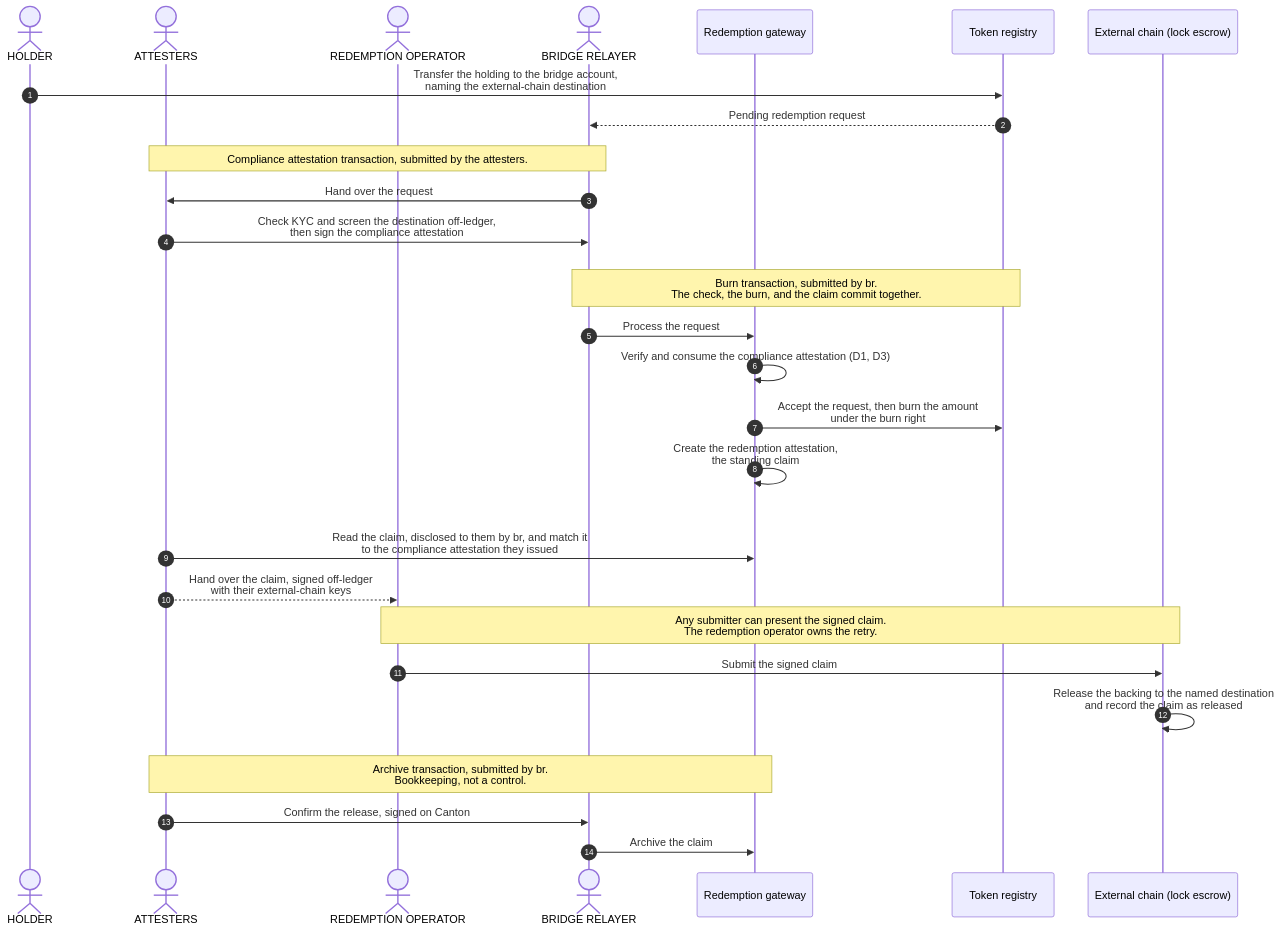
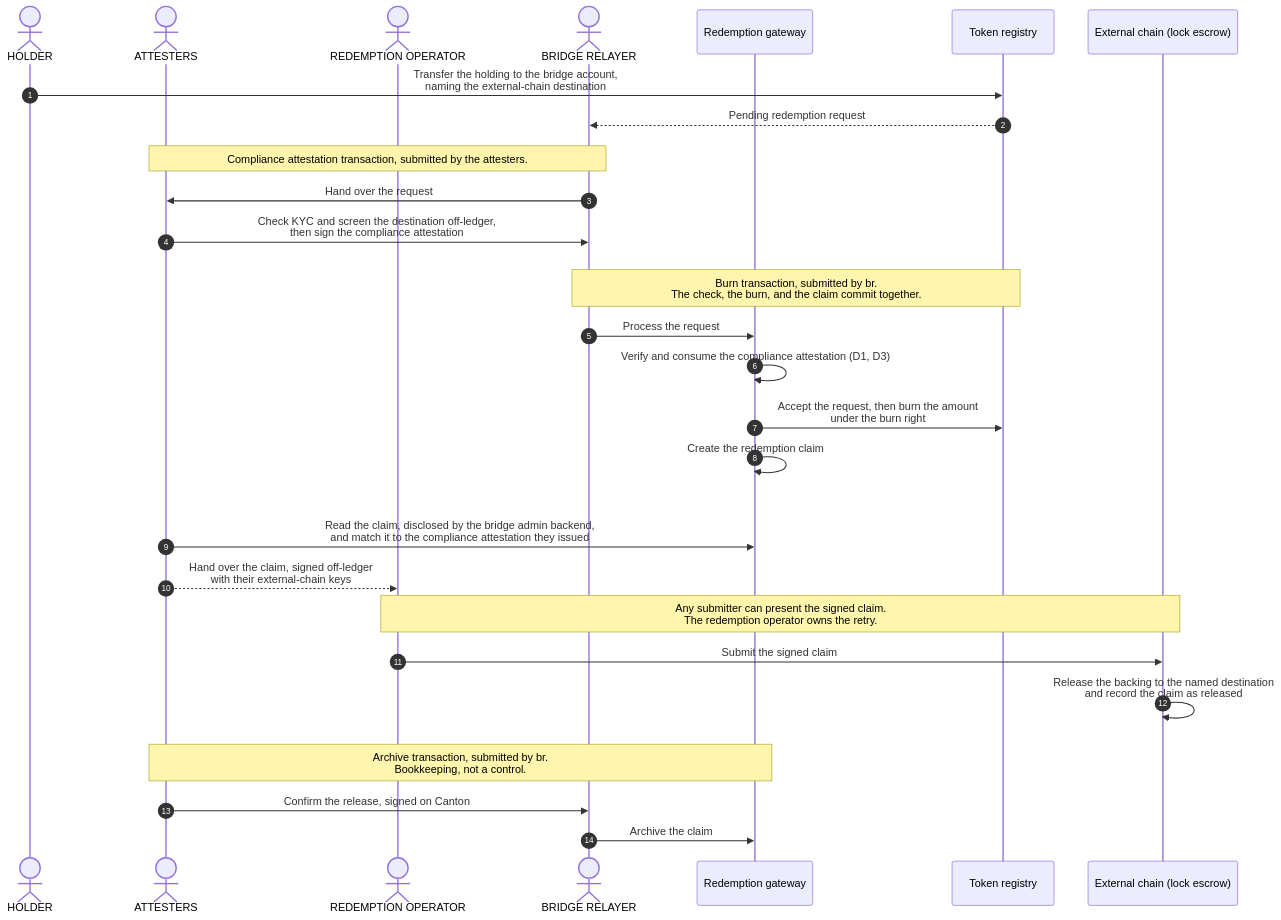
Before and after one commit to OpenZeppelin/canton-specs: the third of 3 diagrams in docs/reference-architectures/cross-chain-stablecoin.md, drawn with Mermaid. The commit also changed other lines of this file, not shown here.

````diff
--- a/docs/reference-architectures/cross-chain-stablecoin.md
+++ b/docs/reference-architectures/cross-chain-stablecoin.md
@@ -676,36 +676,36 @@
 ```mermaid
 sequenceDiagram
     autonumber
     actor Holder as HOLDER
     actor Attesters as ATTESTERS
     actor Operator as REDEMPTION OPERATOR
     actor Relayer as BRIDGE RELAYER
     participant Redeem as Redemption gateway
     participant Registry as Token registry
     participant Chain as External chain (lock escrow)
 
     Holder->>Registry: Transfer the holding to the bridge account,<br/>naming the external-chain destination
     Registry-->>Relayer: Pending redemption request
     rect rgba(255, 255, 255, .1)
         Note over Attesters,Relayer: Compliance attestation transaction, submitted by the attesters.
         Relayer->>Attesters: Hand over the request
         Attesters->>Relayer: Check KYC and screen the destination off-ledger,<br/>then sign the compliance attestation
     end
     rect rgba(255, 255, 255, .1)
         Note over Relayer,Registry: Burn transaction, submitted by br.<br/>The check, the burn, and the claim commit together.
         Relayer->>Redeem: Process the request
         Redeem->>Redeem: Verify and consume the compliance attestation (D1, D3)
         Redeem->>Registry: Accept the request, then burn the amount<br/>under the burn right
-        Redeem->>Redeem: Create the redemption attestation,<br/>the standing claim
+        Redeem->>Redeem: Create the redemption claim
     end
-    Attesters->>Redeem: Read the claim, disclosed to them by br, and match it<br/>to the compliance attestation they issued
+    Attesters->>Redeem: Read the claim, disclosed by the bridge admin backend,<br/>and match it to the compliance attestation they issued
     Attesters-->>Operator: Hand over the claim, signed off-ledger<br/>with their external-chain keys
     Note over Operator,Chain: Any submitter can present the signed claim.<br/>The redemption operator owns the retry.
     Operator->>Chain: Submit the signed claim
     Chain->>Chain: Release the backing to the named destination<br/>and record the claim as released
     rect rgba(255, 255, 255, .1)
         Note over Attesters,Redeem: Archive transaction, submitted by br.<br/>Bookkeeping, not a control.
         Attesters->>Relayer: Confirm the release, signed on Canton
         Relayer->>Redeem: Archive the claim
     end
 ```
````
